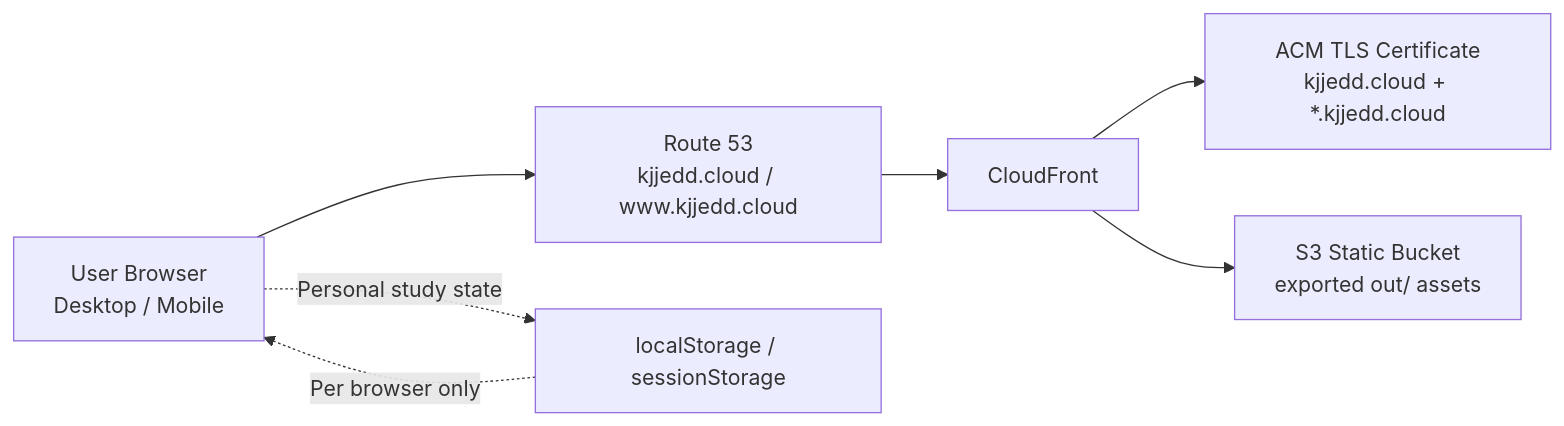
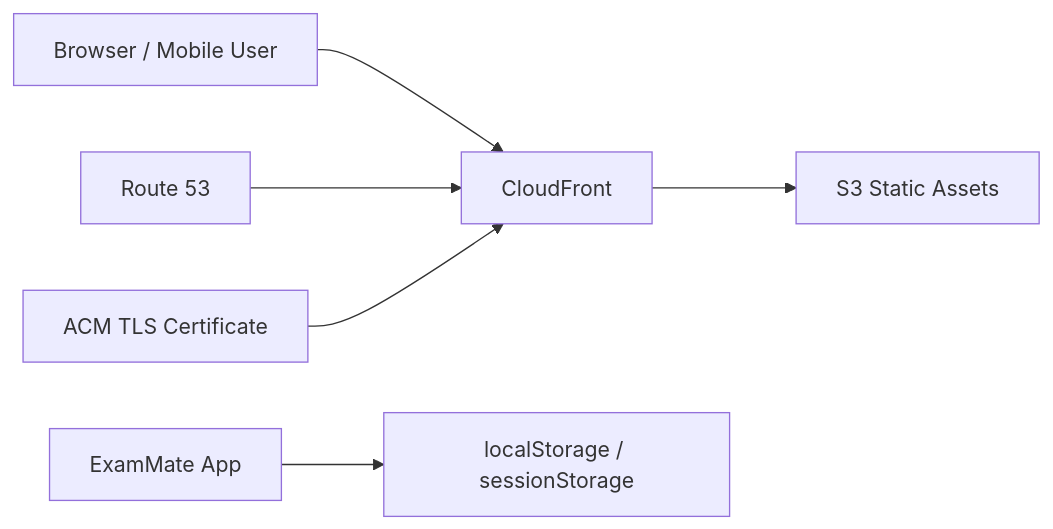
One commit to Kjjedd/exam-practice-app changed the diagram in README.md. Above: the diagram before and after it, drawn with Mermaid. The commit also changed other lines of this file, not shown here.

````diff
--- a/README.md
+++ b/README.md
@@ -275,9 +164,8 @@
 ```mermaid
-flowchart LR
-    User["User Browser<br/>Desktop / Mobile"] --> DNS["Route 53<br/>kjjedd.cloud / www.kjjedd.cloud"]
-    DNS --> CDN["CloudFront"]
-    CDN --> CERT["ACM TLS Certificate<br/>kjjedd.cloud + *.kjjedd.cloud"]
-    CDN --> S3["S3 Static Bucket<br/>exported out/ assets"]
-    User -. "Personal study state" .-> BrowserStore["localStorage / sessionStorage"]
-    BrowserStore -. "Per browser only" .-> User
+graph LR
+  User["Browser / Mobile User"] --> CF["CloudFront"]
+  CF --> S3["S3 Static Assets"]
+  DNS["Route 53"] --> CF
+  ACM["ACM TLS Certificate"] --> CF
+  App["ExamMate App"] --> BrowserStore["localStorage / sessionStorage"]
 ```
````
